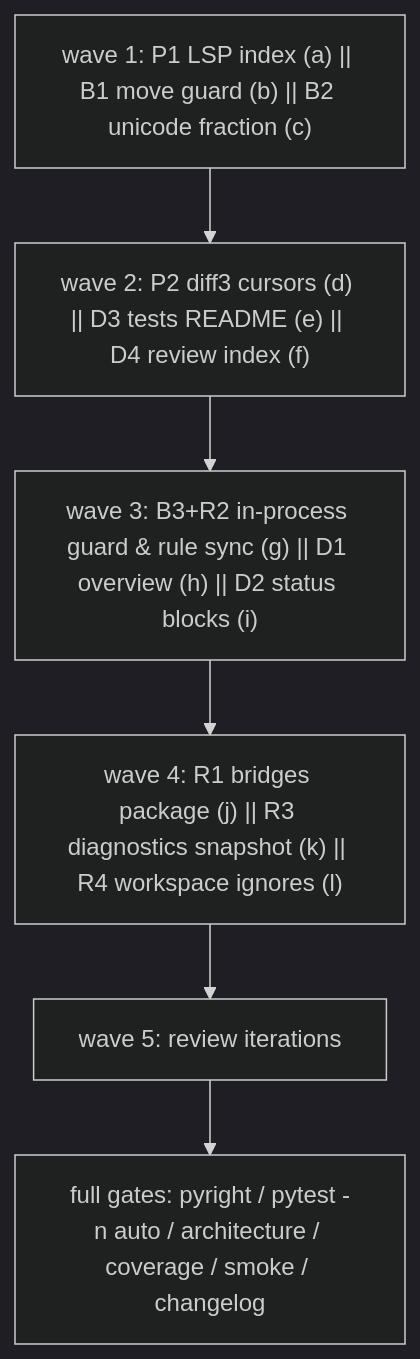
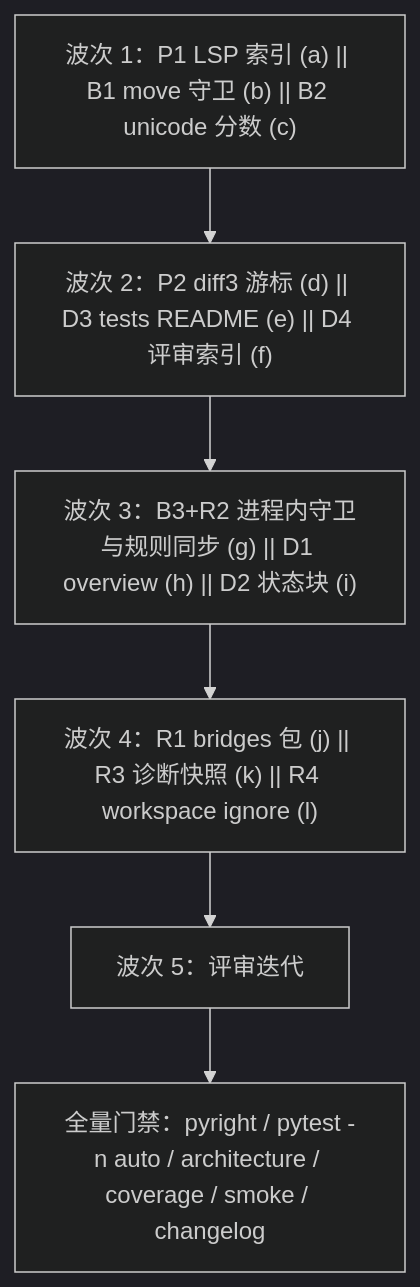
Before and after one commit to BigThxBrigde/yate: the diagram in .trae/documents/full-repo-sweep-plan.md, drawn with Mermaid (dark theme). The commit also changed other lines of this file and 79 other files, not shown here.

````diff
--- a/.trae/documents/full-repo-sweep-plan.md
+++ b/.trae/documents/full-repo-sweep-plan.md
@@ -67,10 +67,10 @@
 ```mermaid
 flowchart TD
-    W1["wave 1: P1 LSP index (a) || B1 move guard (b) || B2 unicode fraction (c)"]
-    W2["wave 2: P2 diff3 cursors (d) || D3 tests README (e) || D4 review index (f)"]
-    W3["wave 3: B3+R2 in-process guard & rule sync (g) || D1 overview (h) || D2 status blocks (i)"]
-    W4["wave 4: R1 bridges package (j) || R3 diagnostics snapshot (k) || R4 workspace ignores (l)"]
-    W5["wave 5: review iterations"]
-    G["full gates: pyright / pytest -n auto / architecture / coverage / smoke / changelog"]
+    W1["波次 1：P1 LSP 索引 (a) || B1 move 守卫 (b) || B2 unicode 分数 (c)"]
+    W2["波次 2：P2 diff3 游标 (d) || D3 tests README (e) || D4 评审索引 (f)"]
+    W3["波次 3：B3+R2 进程内守卫与规则同步 (g) || D1 overview (h) || D2 状态块 (i)"]
+    W4["波次 4：R1 bridges 包 (j) || R3 诊断快照 (k) || R4 workspace ignore (l)"]
+    W5["波次 5：评审迭代"]
+    G["全量门禁：pyright / pytest -n auto / architecture / coverage / smoke / changelog"]
     W1 --> W2 --> W3 --> W4 --> W5 --> G
 ```
````
